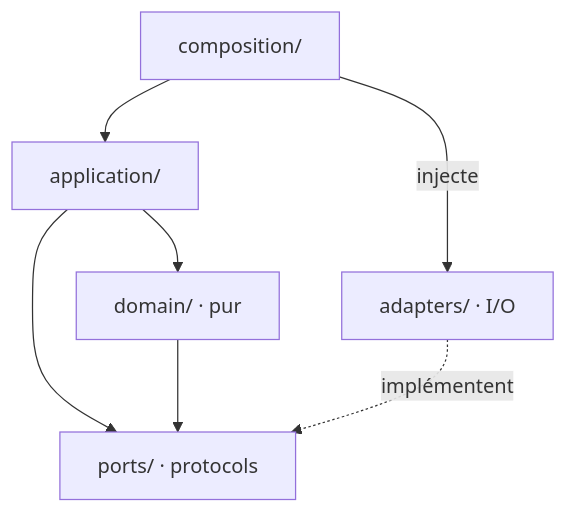
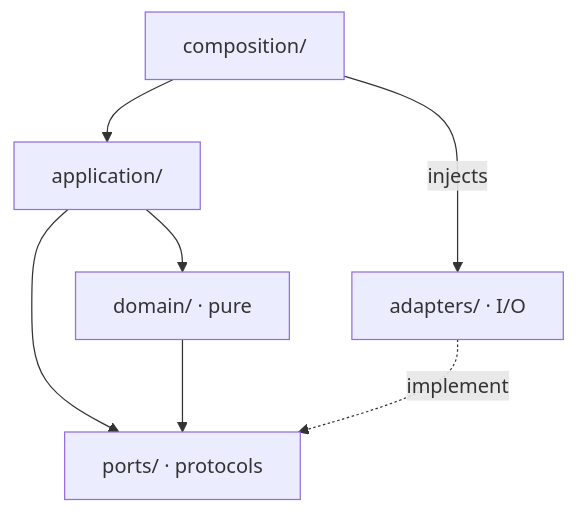
Before and after one commit to GeoffreyCoulaud/mulewatch: the fourth of 10 diagrams in docs/architecture.md, drawn with Mermaid. The commit also changed other lines of this file and 14 other files, not shown here.

````diff
--- a/docs/architecture.md
+++ b/docs/architecture.md
@@ -97,15 +99,15 @@
 ```mermaid
 flowchart TB
   comp["composition/"]
   appl["application/"]
-  dom["domain/ · pur"]
+  dom["domain/ · pure"]
   ports["ports/ · protocols"]
   adp["adapters/ · I/O"]
 
   comp --> appl
   appl --> dom
   appl --> ports
   dom --> ports
-  comp -->|injecte| adp
-  adp -.->|implémentent| ports
+  comp -->|injects| adp
+  adp -.->|implement| ports
 ```
````
